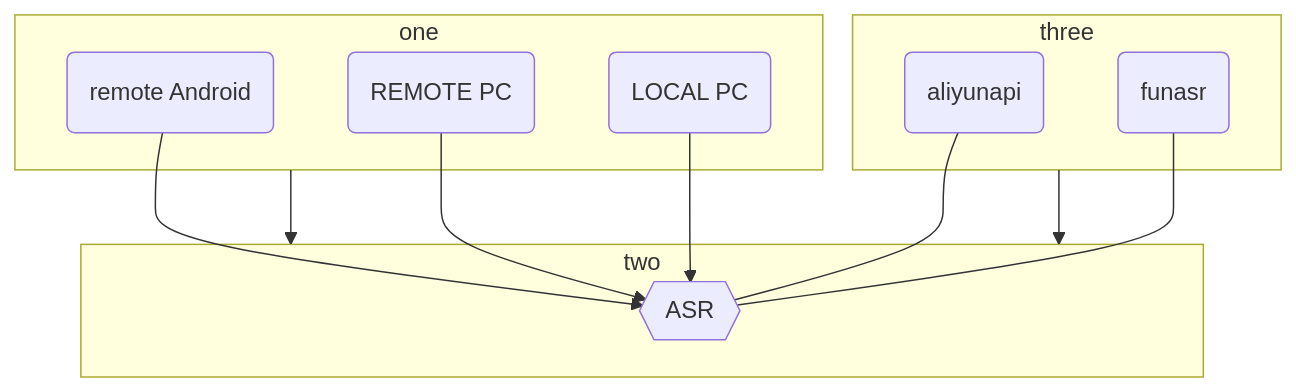
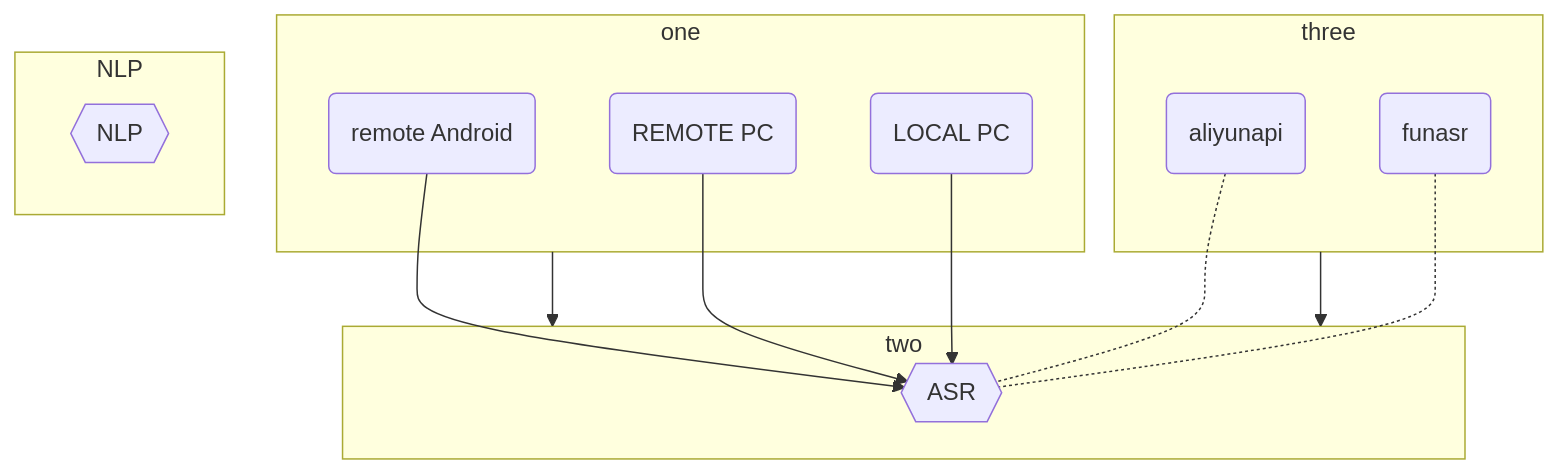
One commit to Luckyyaheen/testmd changed the first of 3 diagrams in README.md. Above: the diagram before and after it, drawn with Mermaid.

````diff
--- a/README.md
+++ b/README.md
@@ -2,31 +2,37 @@
 ```mermaid
 flowchart TB
 
     aa-->asr
     cc-->asr
     bb-->asr
 
-    aliyun---asr
-    funasr---asr
+    aliyun-.-asr
+    funasr-.-asr
 
     subgraph one
     aa("remote Android")
     cc("REMOTE PC")
     bb("LOCAL PC")
     end
 
     subgraph two
     asr{{"ASR"}}
     end
 
     subgraph three
     aliyun("aliyunapi")
-    funasr("funasr")
-  
+    funasr("funasr")  
     end
+
+    subgraph NLP
+    nlp{{"NLP"}}
+    end
+
+
+
 
     one --> two
     three --> two
 
 
 ```
````
